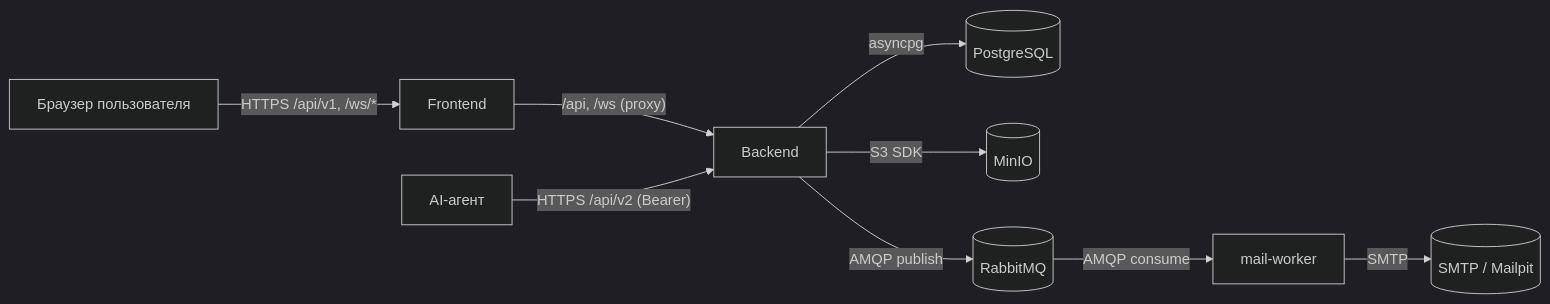
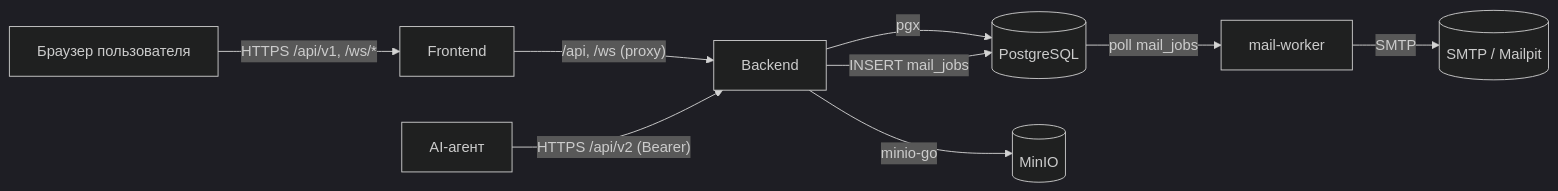
One commit to nkolomiika/FROST changed the first of 9 diagrams in docs/GOST_34_DOCUMENTATION.md. Above: the diagram before and after it, drawn with Mermaid (dark theme). The commit also changed other lines of this file and 11 other files, not shown here.

````diff
--- a/docs/GOST_34_DOCUMENTATION.md
+++ b/docs/GOST_34_DOCUMENTATION.md
@@ -375,16 +377,16 @@
 ```mermaid
 flowchart LR
     Browser["Браузер пользователя"]
     Agent["AI-агент"]
 
     Browser -- "HTTPS /api/v1, /ws/*" --> Frontend
     Frontend -- "/api, /ws (proxy)" --> Backend
     Agent -- "HTTPS /api/v2 (Bearer)" --> Backend
 
-    Backend -- "asyncpg" --> Postgres[(PostgreSQL)]
-    Backend -- "S3 SDK" --> MinIO[(MinIO)]
-    Backend -- "AMQP publish" --> Rabbit[(RabbitMQ)]
+    Backend -- "pgx" --> Postgres[(PostgreSQL)]
+    Backend -- "minio-go" --> MinIO[(MinIO)]
+    Backend -- "INSERT mail_jobs" --> Postgres
 
-    Rabbit -- "AMQP consume" --> MailWorker[mail-worker]
+    Postgres -- "poll mail_jobs" --> MailWorker[mail-worker]
     MailWorker -- "SMTP" --> SMTP[(SMTP / Mailpit)]
 ```
````
